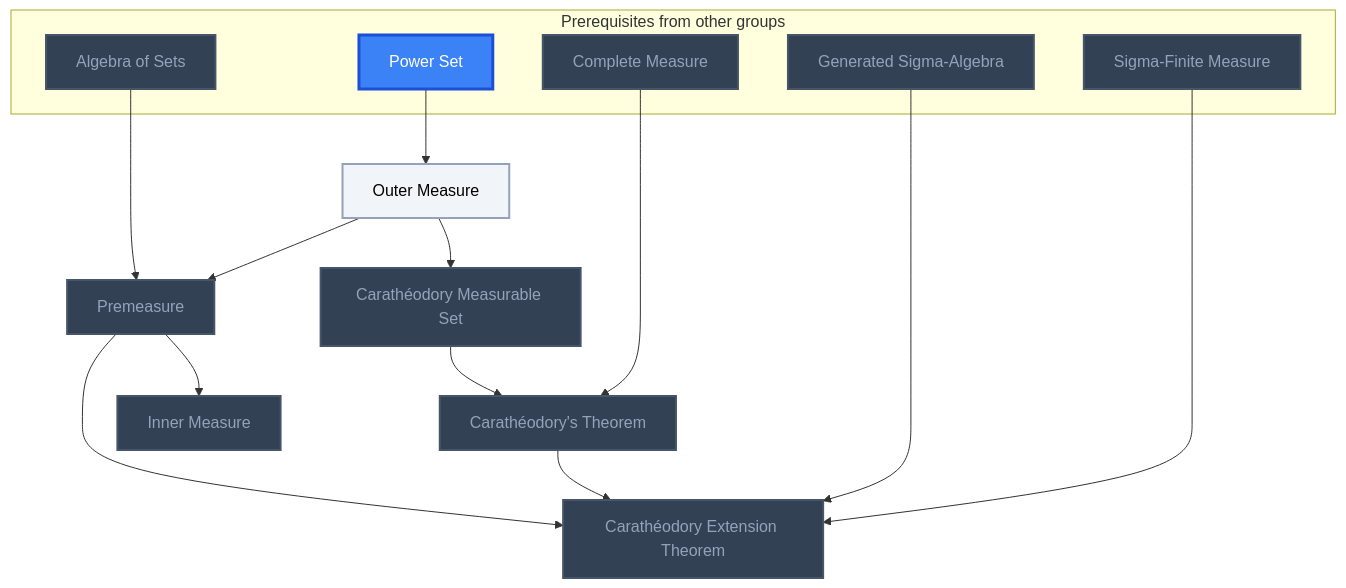
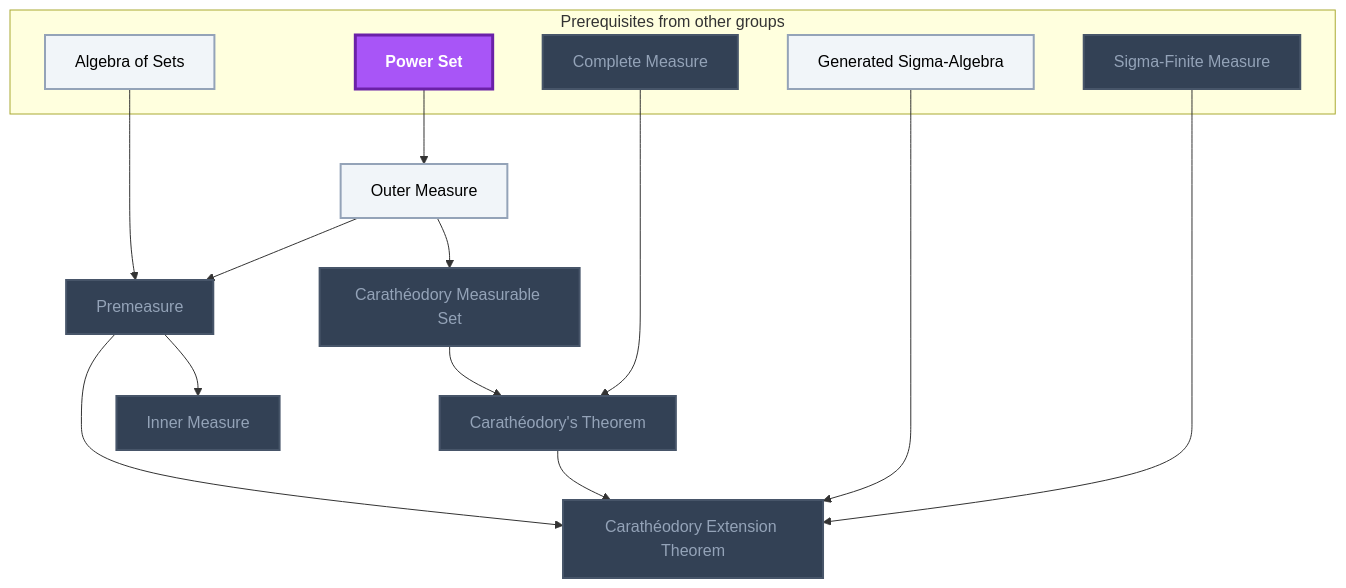
One commit to MRauf1/My-Notes changed the tenth of 13 diagrams in Gamification/Skill Trees/Measure Theory.md. Above: the diagram before and after it, drawn with Mermaid. The commit also changed other lines of this file and 145 other files, not shown here.

````diff
--- a/Gamification/Skill Trees/Measure Theory.md
+++ b/Gamification/Skill Trees/Measure Theory.md
@@ -359,40 +367,40 @@
 ```mermaid
 flowchart TD
     classDef planned fill:#1E293B,stroke:#64748B,stroke-width:2px,stroke-dasharray:5 5,color:#94A3B8;
     classDef locked fill:#334155,stroke:#475569,stroke-width:2px,color:#94A3B8;
     classDef L0 fill:#F1F5F9,stroke:#94A3B8,stroke-width:2px,color:#000000;
     classDef L1 fill:#22C55E,stroke:#15803D,stroke-width:2px,color:#000000;
     classDef L2 fill:#3B82F6,stroke:#1D4ED8,stroke-width:3px,color:#FFFFFF;
     classDef L3 fill:#A855F7,stroke:#6B21A8,stroke-width:3px,color:#FFFFFF,font-weight:bold;
     classDef L4 fill:#F97316,stroke:#C2410C,stroke-width:4px,color:#000000,font-weight:bold;
     classDef L5 fill:#FFD700,stroke:#FF8C00,stroke-width:5px,color:#000000,font-weight:bold;
     classDef rusty stroke:#8B4513,stroke-width:4px,stroke-dasharray:3 3;
     subgraph sg_prereqs["Prerequisites from other groups"]
         n_power_set["Power Set"]
         n_complete_measure["Complete Measure"]
         n_algebra_of_sets["Algebra of Sets"]
         n_generated_sigma_algebra["Generated Sigma-Algebra"]
         n_sigma_finite_measure["Sigma-Finite Measure"]
     end
     n_outer_measure["Outer Measure"]
     n_carath_odory_measurable_set["Carathéodory Measurable Set"]
     n_carath_odory_s_theorem["Carathéodory's Theorem"]
     n_premeasure["Premeasure"]
     n_carath_odory_extension_theorem["Carathéodory Extension Theorem"]
     n_inner_measure["Inner Measure"]
     n_power_set --> n_outer_measure
     n_outer_measure --> n_carath_odory_measurable_set
     n_carath_odory_measurable_set --> n_carath_odory_s_theorem
     n_complete_measure --> n_carath_odory_s_theorem
     n_algebra_of_sets --> n_premeasure
     n_outer_measure --> n_premeasure
     n_premeasure --> n_carath_odory_extension_theorem
     n_carath_odory_s_theorem --> n_carath_odory_extension_theorem
     n_generated_sigma_algebra --> n_carath_odory_extension_theorem
     n_sigma_finite_measure --> n_carath_odory_extension_theorem
     n_premeasure --> n_inner_measure
-    class n_complete_measure,n_algebra_of_sets,n_generated_sigma_algebra,n_sigma_finite_measure,n_carath_odory_measurable_set,n_carath_odory_s_theorem,n_premeasure,n_carath_odory_extension_theorem,n_inner_measure locked;
-    class n_outer_measure L0;
-    class n_power_set L2;
+    class n_complete_measure,n_sigma_finite_measure,n_carath_odory_measurable_set,n_carath_odory_s_theorem,n_premeasure,n_carath_odory_extension_theorem,n_inner_measure locked;
+    class n_algebra_of_sets,n_generated_sigma_algebra,n_outer_measure L0;
+    class n_power_set L3;
     class n_power_set,n_complete_measure,n_algebra_of_sets,n_generated_sigma_algebra,n_sigma_finite_measure,n_outer_measure,n_carath_odory_measurable_set,n_carath_odory_s_theorem,n_premeasure,n_carath_odory_extension_theorem,n_inner_measure internal-link;
 ```
````
